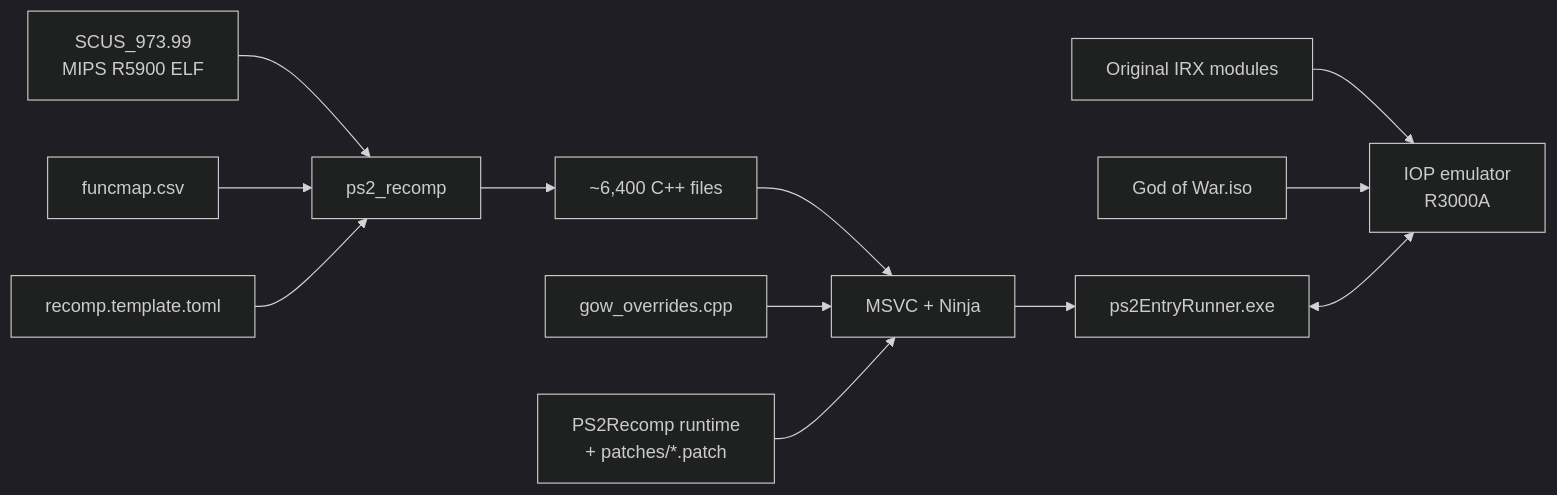
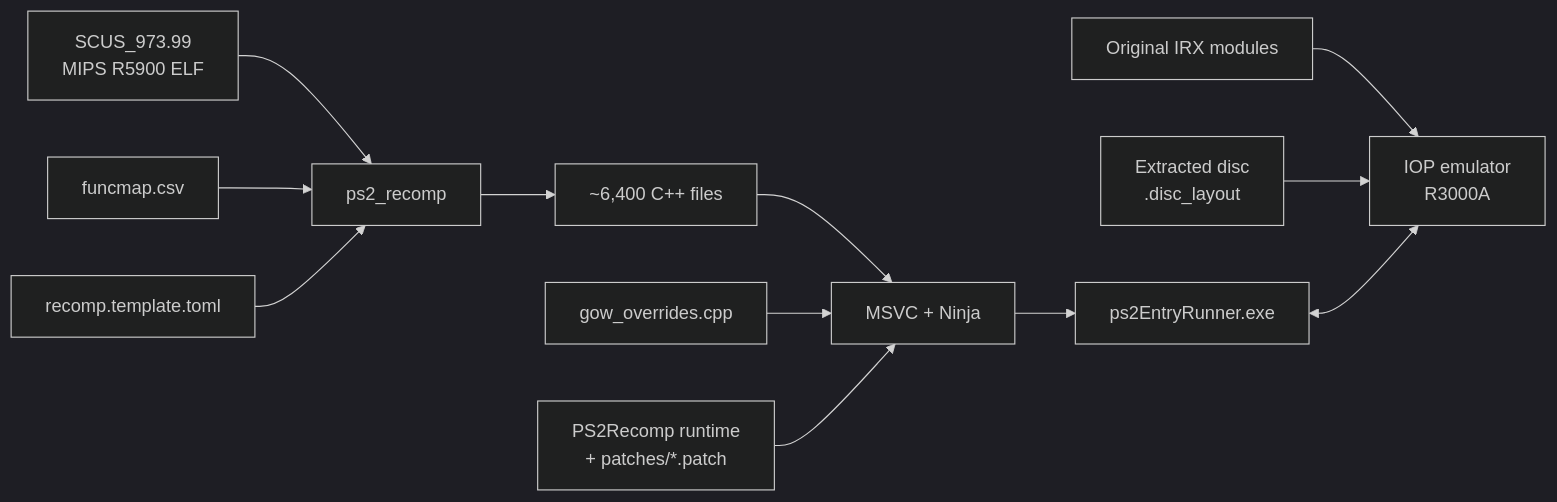
One commit to KIexster/god-of-war-recomp changed the diagram in README.md. Above: the diagram before and after it, drawn with Mermaid (dark theme). The commit also changed other lines of this file and 8 other files, not shown here.

````diff
--- a/README.md
+++ b/README.md
@@ -185,14 +197,14 @@
 ```mermaid
 flowchart LR
     A[SCUS_973.99<br/>MIPS R5900 ELF] --> B[ps2_recomp]
     M[funcmap.csv] --> B
     C[recomp.template.toml] --> B
     B --> D[~6,400 C++ files]
     D --> E[MSVC + Ninja]
     O[gow_overrides.cpp] --> E
     P["PS2Recomp runtime<br/>+ patches/*.patch"] --> E
     E --> F[ps2EntryRunner.exe]
     I[Original IRX modules] --> G[IOP emulator<br/>R3000A]
-    ISO[God of War.iso] --> G
+    ISO["Extracted disc<br/>.disc_layout"] --> G
     F <--> G
 ```
````
